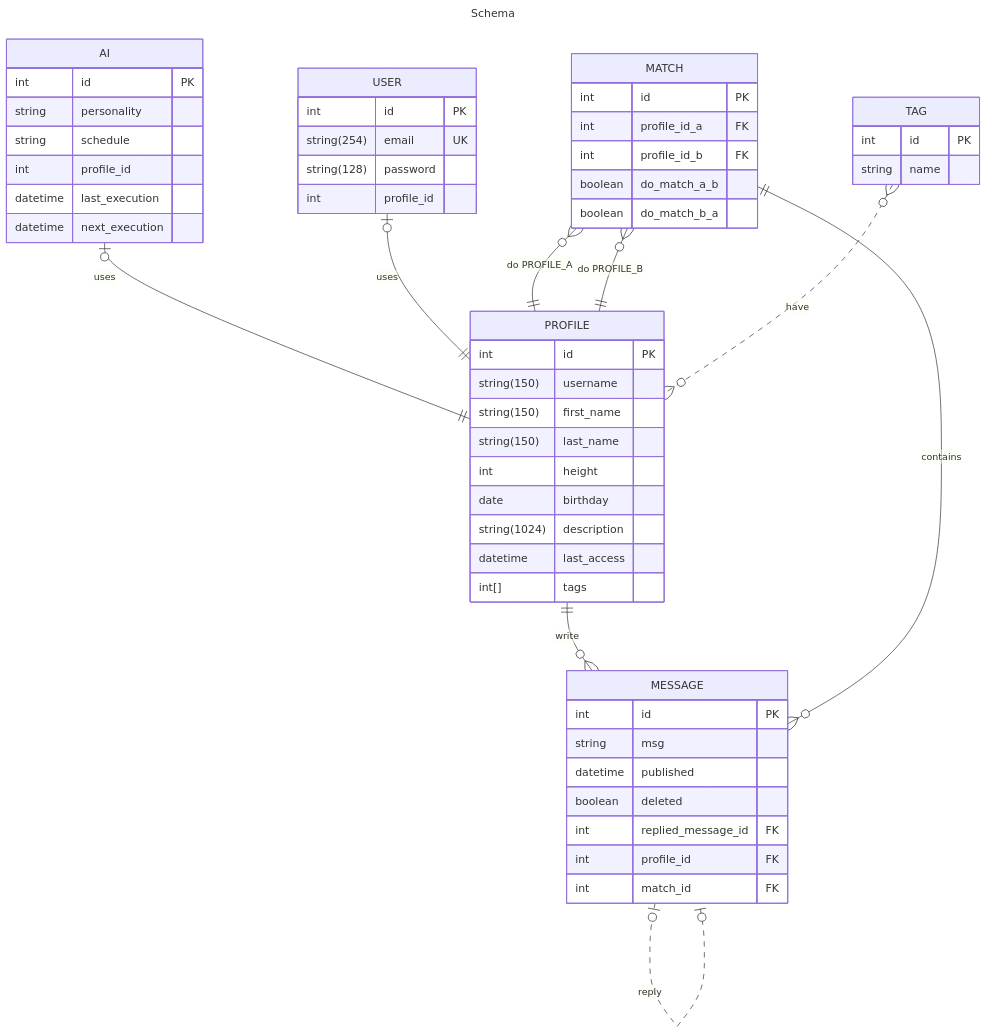
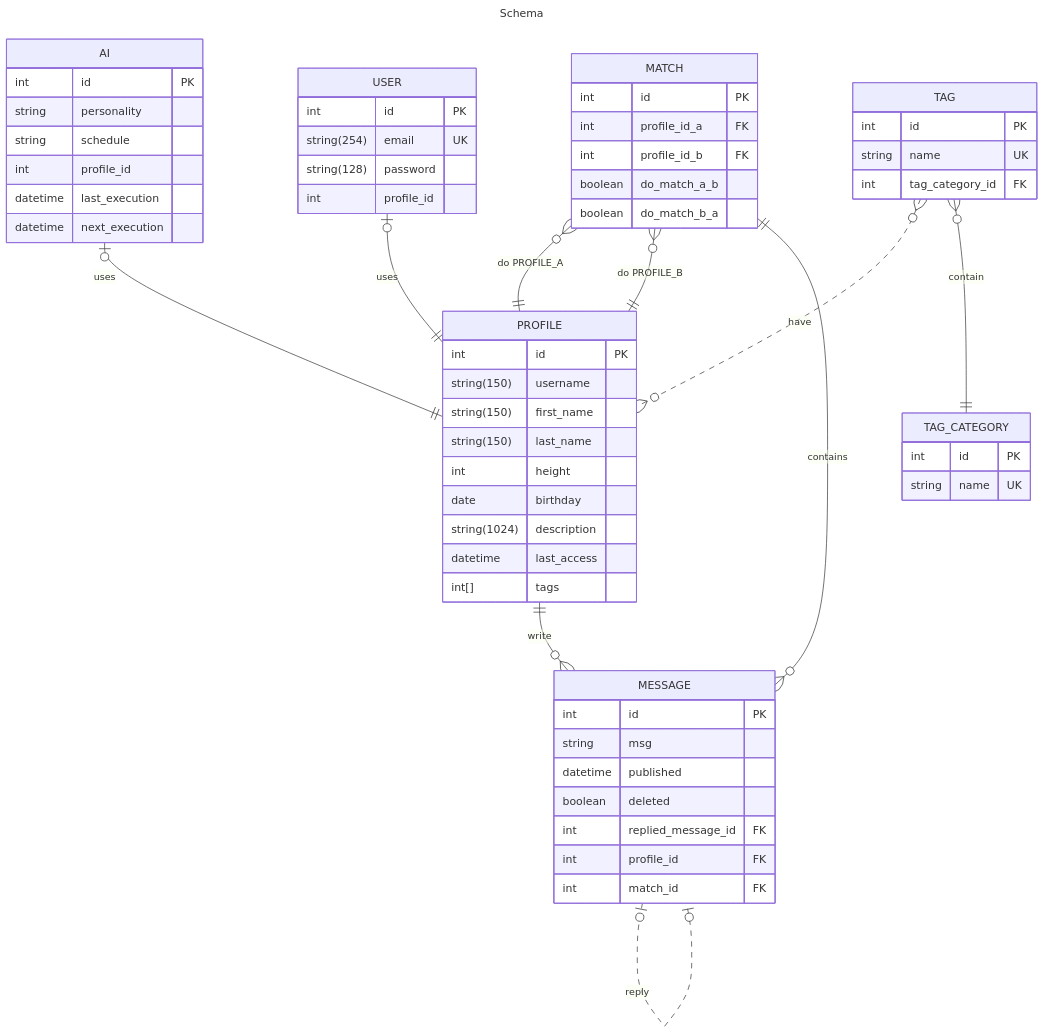
One commit to MaribelSR/tAInder changed the diagram in docs/schema.md. Above: the diagram before and after it, drawn with Mermaid.

Commit message:
docs: Add entity tag_category

````diff
--- a/docs/schema.md
+++ b/docs/schema.md
@@ -1,65 +1,73 @@
 ```mermaid
 ---
 title: Schema
 ---
 erDiagram
     PROFILE ||--o{ MESSAGE : write
     MESSAGE |o..o| MESSAGE : reply
     AI |o--|| PROFILE : uses
     USER |o--|| PROFILE : uses
     MATCH }o--|| PROFILE : "do PROFILE_A"
     MATCH }o--|| PROFILE : "do PROFILE_B"
     MATCH ||--o{ MESSAGE : contains
     TAG }o..o{ PROFILE : have
+    TAG }o--|| TAG_CATEGORY : contain
 
     PROFILE {
         int id PK
         string(150) username
         string(150) first_name
         string(150) last_name
         int height
         date birthday
         string(1024) description
         datetime last_access
         int[] tags
     }
 
     USER {
         int id PK
         string(254) email UK
         string(128) password
         int profile_id
     }
 
     AI {
         int id PK
         string personality
         string schedule
         int profile_id
         datetime last_execution
         datetime next_execution
     }
     
     MATCH {
         int id PK
         int profile_id_a FK
         int profile_id_b FK
         boolean do_match_a_b
         boolean do_match_b_a
     }
 
     MESSAGE {
         int id PK
         string msg
         datetime published
         boolean deleted
         int replied_message_id FK 
         int profile_id FK
         int match_id FK
     }
     
     TAG {
         int id PK
-        string name
+        string name UK
+        int tag_category_id FK
     }
+
+    TAG_CATEGORY {
+        int id PK
+        string name UK
+    }
+
 ```
````
